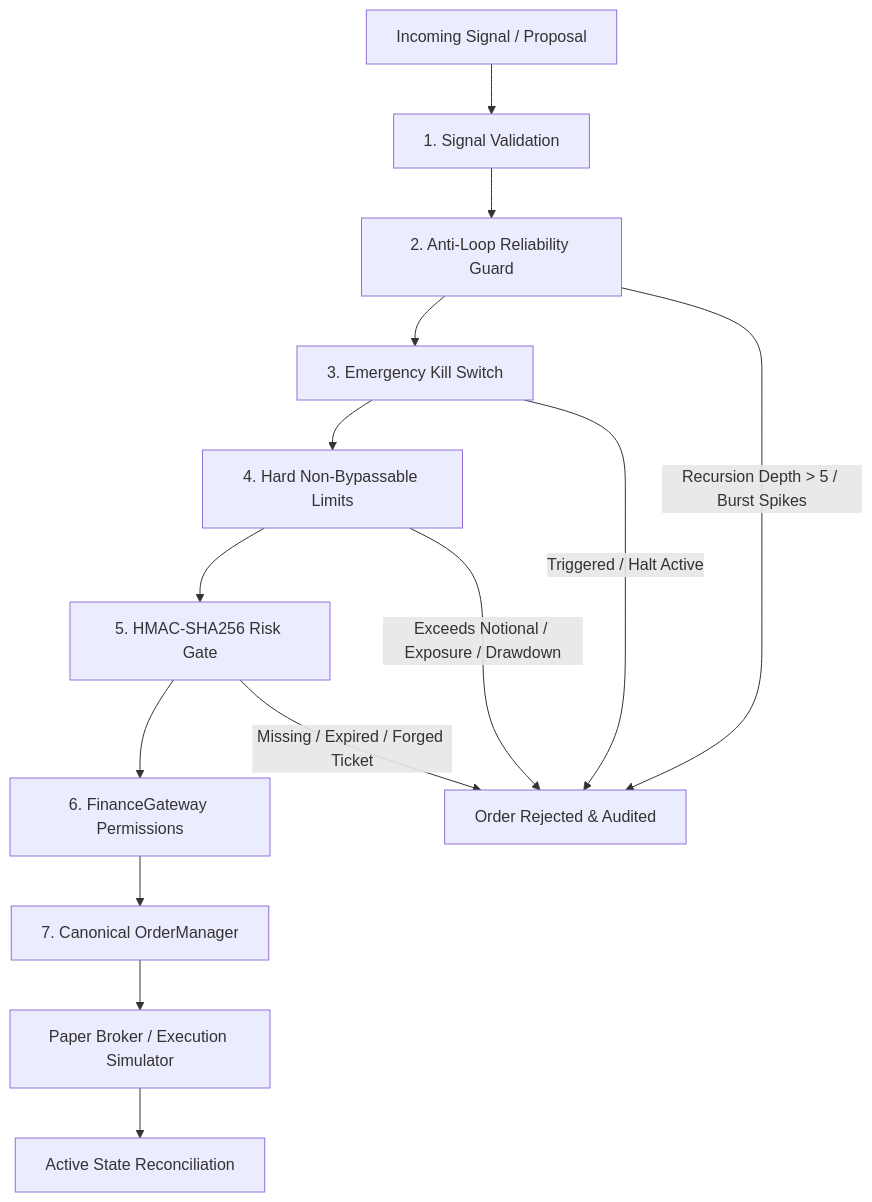
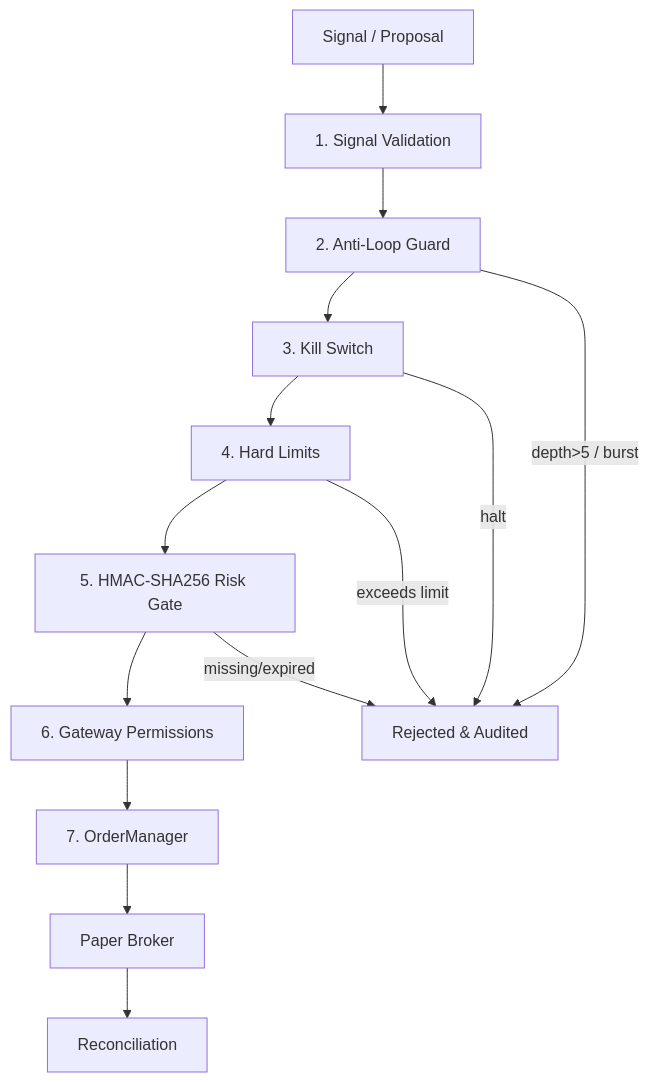
The diagram in README.md (namana843-bit/finance-agent-os), drawn with Mermaid before and after one commit. The commit also changed other lines of this file, not shown here.

````diff
--- a/README.md
+++ b/README.md
@@ -68,17 +76,16 @@
 ```mermaid
 flowchart TD
-    Sig[Incoming Signal / Proposal] --> V[1. Signal Validation]
-    V --> LG[2. Anti-Loop Reliability Guard]
-    LG --> KS[3. Emergency Kill Switch]
-    KS --> HL[4. Hard Non-Bypassable Limits]
+    Sig[Signal / Proposal] --> V[1. Signal Validation]
+    V --> LG[2. Anti-Loop Guard]
+    LG --> KS[3. Kill Switch]
+    KS --> HL[4. Hard Limits]
     HL --> RG[5. HMAC-SHA256 Risk Gate]
-    RG --> GW[6. FinanceGateway Permissions]
-    GW --> OM[7. Canonical OrderManager]
-    OM --> PB[Paper Broker / Execution Simulator]
-    PB --> Rec[Active State Reconciliation]
-
-    LG -- "Recursion Depth > 5 / Burst Spikes" --> Rej[Order Rejected & Audited]
-    KS -- "Triggered / Halt Active" --> Rej
-    HL -- "Exceeds Notional / Exposure / Drawdown" --> Rej
-    RG -- "Missing / Expired / Forged Ticket" --> Rej
+    RG --> GW[6. Gateway Permissions]
+    GW --> OM[7. OrderManager]
+    OM --> PB[Paper Broker]
+    PB --> Rec[Reconciliation]
+    LG -- depth>5 / burst --> Rej[Rejected & Audited]
+    KS -- halt --> Rej
+    HL -- exceeds limit --> Rej
+    RG -- missing/expired --> Rej
 ```
````
